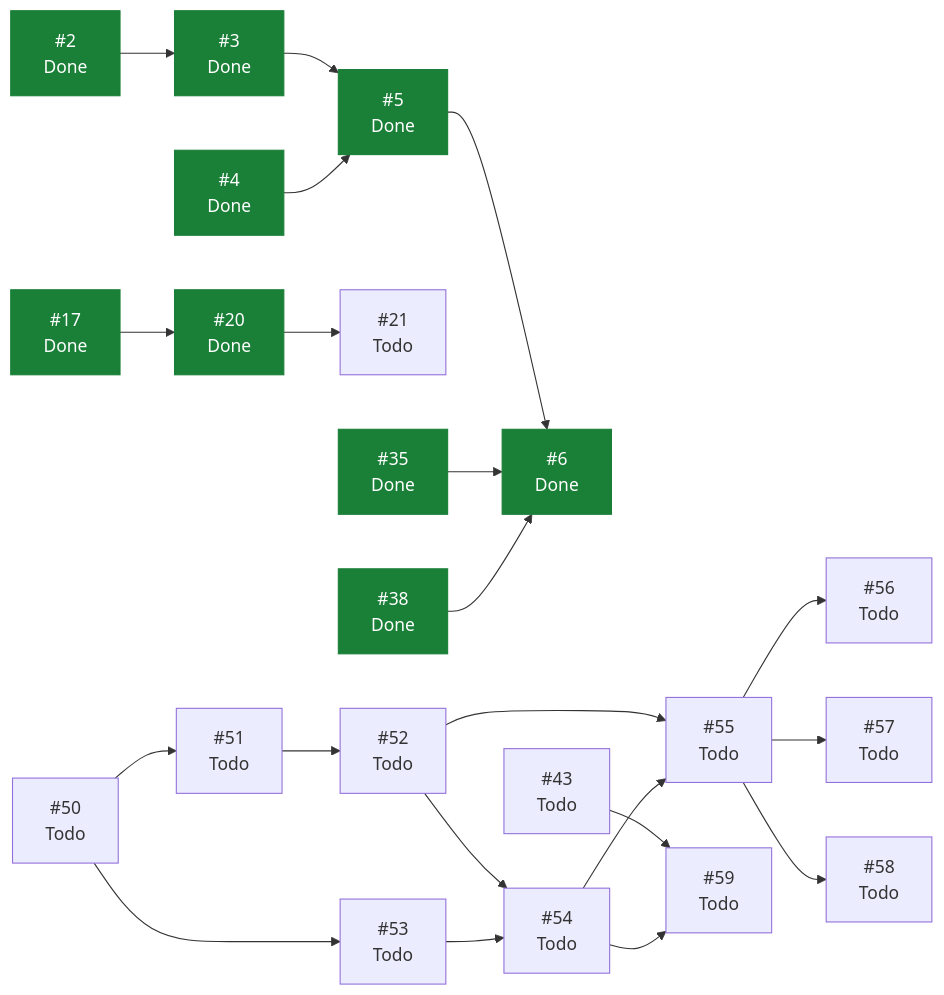
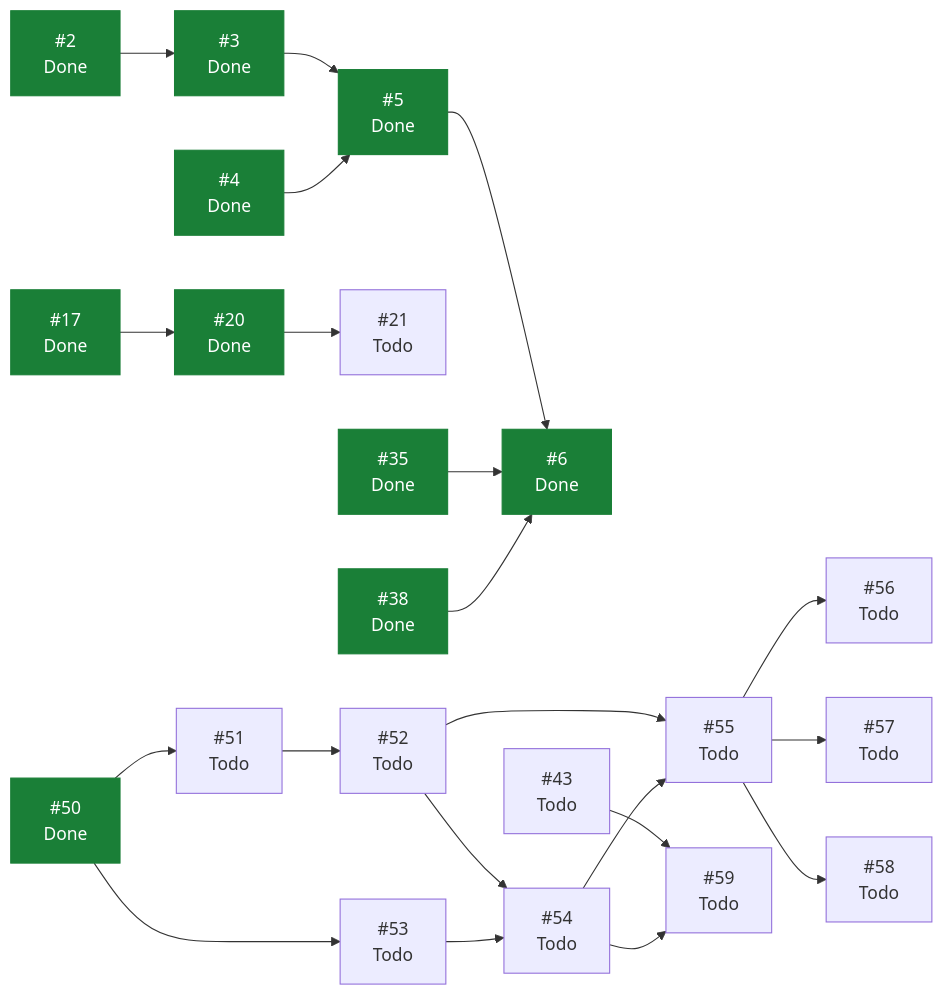
The diagram in docs/planning/STATUS.md (ecamp0s/evault), drawn with Mermaid before and after one commit. The commit also changed other lines of this file, not shown here.

````diff
--- a/docs/planning/STATUS.md
+++ b/docs/planning/STATUS.md
@@ -87,46 +88,46 @@
 ```mermaid
 graph LR
   I2["#2<br/>Done"]
   I3["#3<br/>Done"]
   I4["#4<br/>Done"]
   I5["#5<br/>Done"]
   I6["#6<br/>Done"]
   I17["#17<br/>Done"]
   I20["#20<br/>Done"]
   I21["#21<br/>Todo"]
   I35["#35<br/>Done"]
   I38["#38<br/>Done"]
   I43["#43<br/>Todo"]
-  I50["#50<br/>Todo"]
+  I50["#50<br/>Done"]
   I51["#51<br/>Todo"]
   I52["#52<br/>Todo"]
   I53["#53<br/>Todo"]
   I54["#54<br/>Todo"]
   I55["#55<br/>Todo"]
   I56["#56<br/>Todo"]
   I57["#57<br/>Todo"]
   I58["#58<br/>Todo"]
   I59["#59<br/>Todo"]
   I2 --> I3
   I3 --> I5
   I4 --> I5
   I5 --> I6
   I17 --> I20
   I20 --> I21
   I35 --> I6
   I38 --> I6
   I43 --> I59
   I50 --> I51
   I50 --> I53
   I51 --> I52
   I52 --> I54
   I52 --> I55
   I53 --> I54
   I54 --> I55
   I54 --> I59
   I55 --> I56
   I55 --> I57
   I55 --> I58
   classDef hecho fill:#1a7f37,stroke:#1a7f37,color:#fff;
-  class I2,I3,I4,I5,I6,I17,I20,I35,I38 hecho;
+  class I2,I3,I4,I5,I6,I17,I20,I35,I38,I50 hecho;
 ```
````
